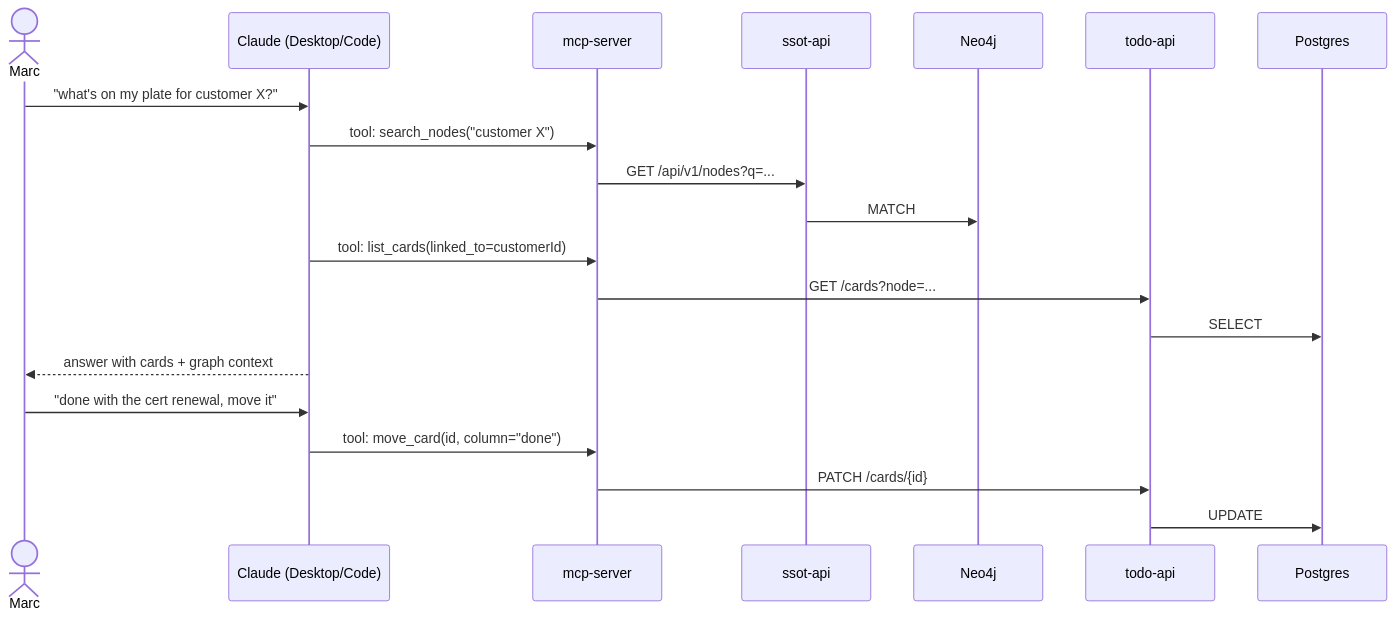
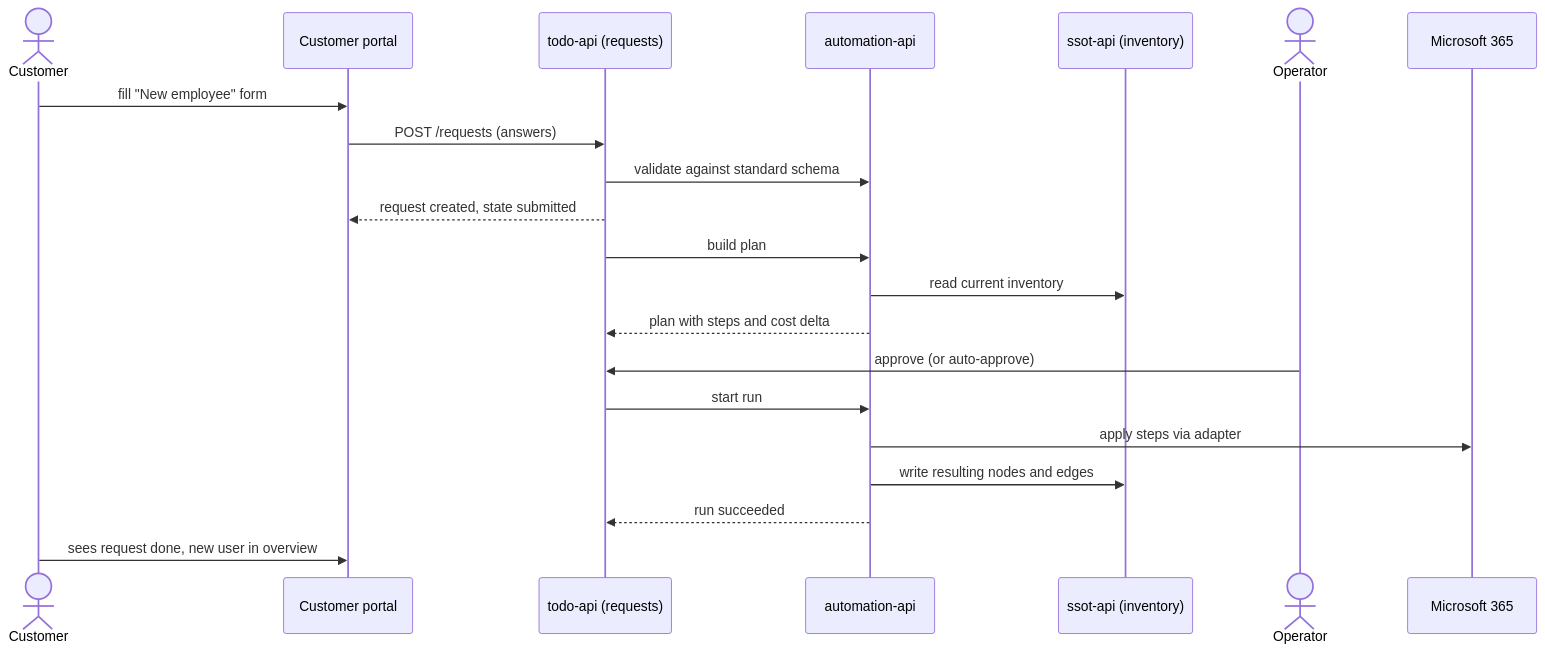
One commit to MarcHoog/Yani changed the third of 3 diagrams in docs/architecture.md. Above: the diagram before and after it, drawn with Mermaid. The commit also changed other lines of this file and 9 other files, not shown here.

````diff
--- a/docs/architecture.md
+++ b/docs/architecture.md
@@ -126,23 +186,24 @@
 ```mermaid
 sequenceDiagram
-    actor M as Marc
-    participant CC as Claude (Desktop/Code)
-    participant MCP as mcp-server
-    participant SA as ssot-api
-    participant N as Neo4j
-    participant TA as todo-api
-    participant PG as Postgres
+    actor C as Customer
+    participant CP as Customer portal
+    participant TA as todo-api (requests)
+    participant AA as automation-api
+    participant SA as ssot-api (inventory)
+    actor O as Operator
+    participant M as Microsoft 365
 
-    M->>CC: "what's on my plate for customer X?"
-    CC->>MCP: tool: search_nodes("customer X")
-    MCP->>SA: GET /api/v1/nodes?q=...
-    SA->>N: MATCH
-    CC->>MCP: tool: list_cards(linked_to=customerId)
-    MCP->>TA: GET /cards?node=...
-    TA->>PG: SELECT
-    CC-->>M: answer with cards + graph context
-    M->>CC: "done with the cert renewal, move it"
-    CC->>MCP: tool: move_card(id, column="done")
-    MCP->>TA: PATCH /cards/{id}
-    TA->>PG: UPDATE
+    C->>CP: fill "New employee" form
+    CP->>TA: POST /requests (answers)
+    TA->>AA: validate against standard schema
+    TA-->>CP: request created, state submitted
+    TA->>AA: build plan
+    AA->>SA: read current inventory
+    AA-->>TA: plan with steps and cost delta
+    O->>TA: approve (or auto-approve)
+    TA->>AA: start run
+    AA->>M: apply steps via adapter
+    AA->>SA: write resulting nodes and edges
+    AA-->>TA: run succeeded
+    C->>CP: sees request done, new user in overview
 ```
````
